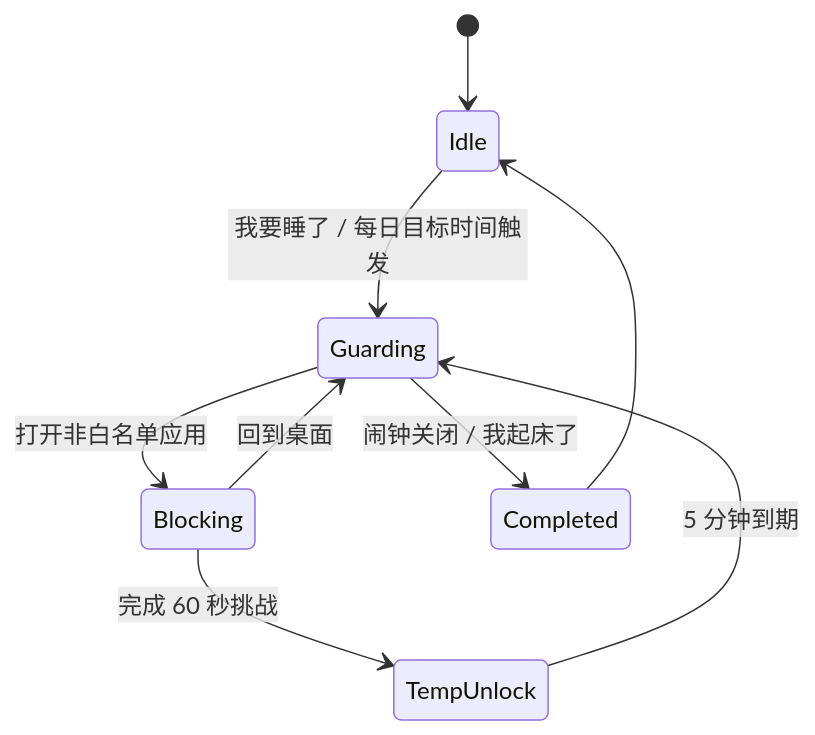
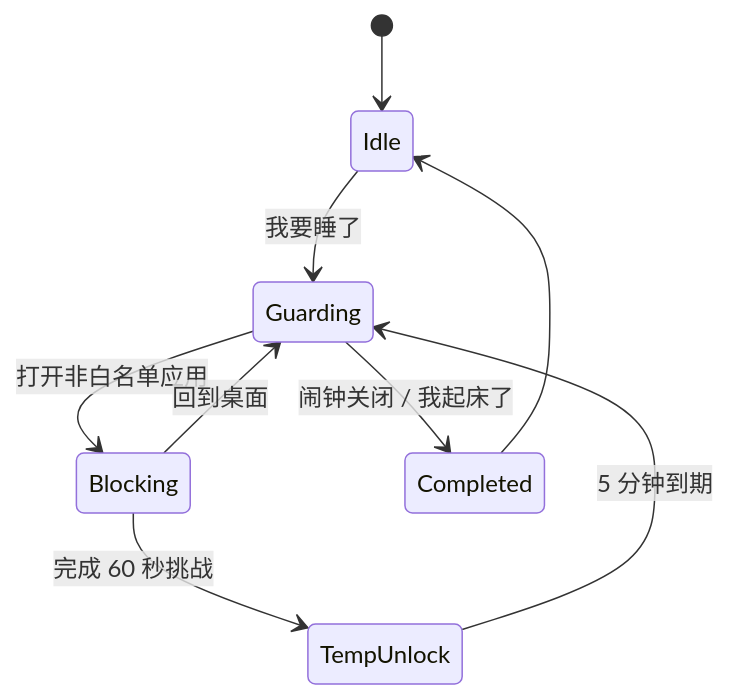
Before and after one commit to XuYui/Bedtime_Saver: the diagram in DEVELOP.md, drawn with Mermaid. The commit also changed other lines of this file and 10 other files, not shown here.

````diff
--- a/DEVELOP.md
+++ b/DEVELOP.md
@@ -166,11 +167,11 @@
 ```mermaid
 stateDiagram-v2
     [*] --> Idle
-    Idle --> Guarding: 我要睡了 / 每日目标时间触发
+    Idle --> Guarding: 我要睡了
     Guarding --> Blocking: 打开非白名单应用
     Blocking --> Guarding: 回到桌面
     Blocking --> TempUnlock: 完成 60 秒挑战
     TempUnlock --> Guarding: 5 分钟到期
     Guarding --> Completed: 闹钟关闭 / 我起床了
     Completed --> Idle
 ```
````
